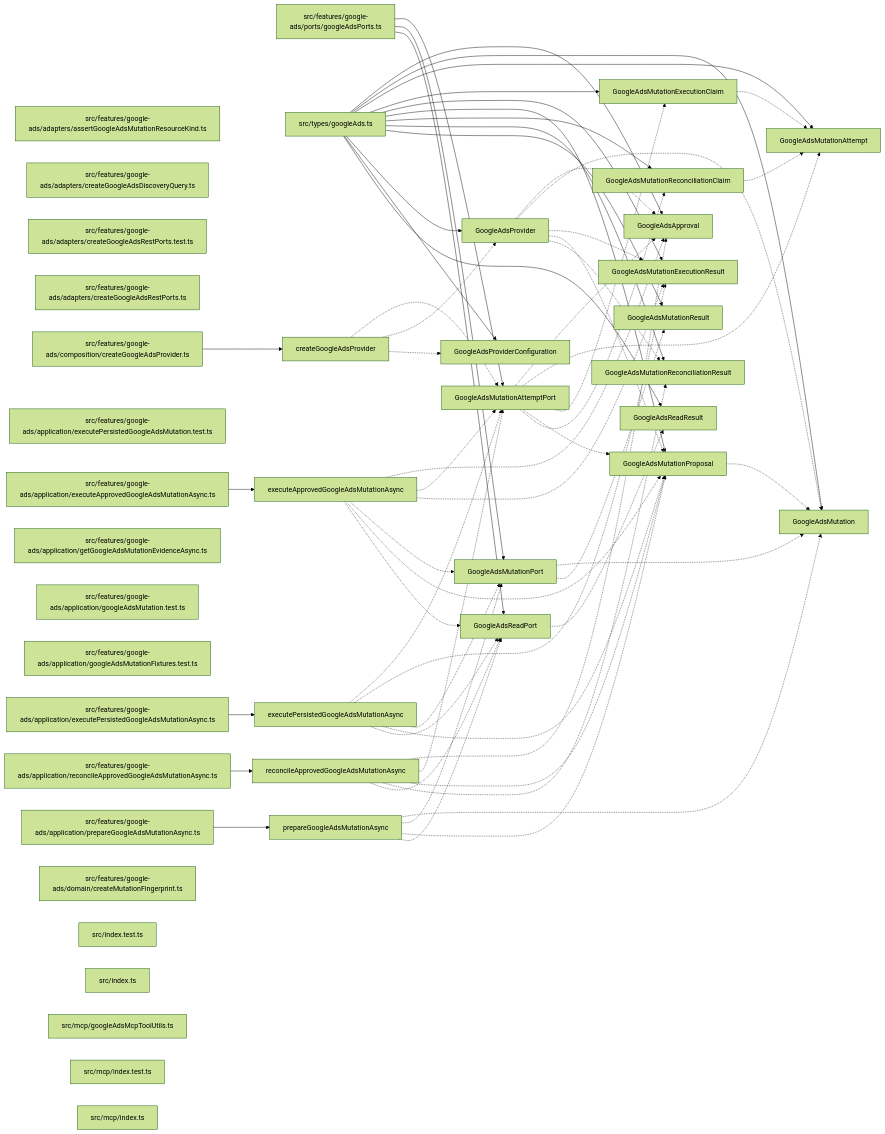
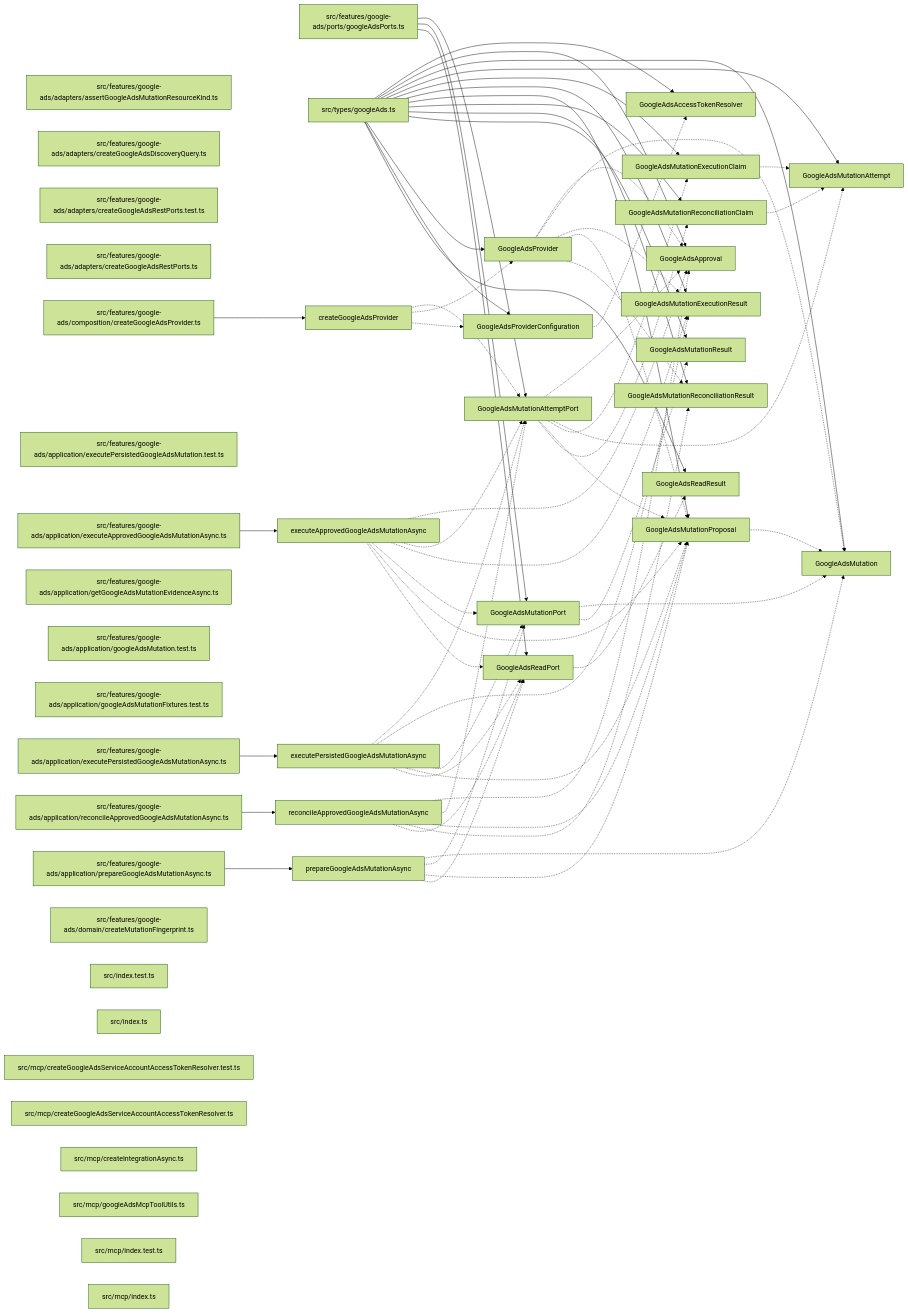
The diagram in paradox/diagrams/export-graph.mmd (ankhorage/ads-google), drawn with Mermaid (forest theme) before and after one commit. The commit also changed 10 other files, not shown here.

```diff
--- a/paradox/diagrams/export-graph.mmd
+++ b/paradox/diagrams/export-graph.mmd
@@ -1,101 +1,107 @@
 graph LR
   module_src_features_google_ads_adapters_assertGoogleAdsMutationResourceKind_ts["src/features/google-ads/adapters/assertGoogleAdsMutationResourceKind.ts"]
   module_src_features_google_ads_adapters_createGoogleAdsDiscoveryQuery_ts["src/features/google-ads/adapters/createGoogleAdsDiscoveryQuery.ts"]
   module_src_features_google_ads_adapters_createGoogleAdsRestPorts_test_ts["src/features/google-ads/adapters/createGoogleAdsRestPorts.test.ts"]
   module_src_features_google_ads_adapters_createGoogleAdsRestPorts_ts["src/features/google-ads/adapters/createGoogleAdsRestPorts.ts"]
   module_src_features_google_ads_application_executeApprovedGoogleAdsMutationAsync_ts["src/features/google-ads/application/executeApprovedGoogleAdsMutationAsync.ts"]
   module_src_features_google_ads_application_executePersistedGoogleAdsMutation_test_ts["src/features/google-ads/application/executePersistedGoogleAdsMutation.test.ts"]
   module_src_features_google_ads_application_executePersistedGoogleAdsMutationAsync_ts["src/features/google-ads/application/executePersistedGoogleAdsMutationAsync.ts"]
   module_src_features_google_ads_application_getGoogleAdsMutationEvidenceAsync_ts["src/features/google-ads/application/getGoogleAdsMutationEvidenceAsync.ts"]
   module_src_features_google_ads_application_googleAdsMutation_test_ts["src/features/google-ads/application/googleAdsMutation.test.ts"]
   module_src_features_google_ads_application_googleAdsMutationFixtures_test_ts["src/features/google-ads/application/googleAdsMutationFixtures.test.ts"]
   module_src_features_google_ads_application_prepareGoogleAdsMutationAsync_ts["src/features/google-ads/application/prepareGoogleAdsMutationAsync.ts"]
   module_src_features_google_ads_application_reconcileApprovedGoogleAdsMutationAsync_ts["src/features/google-ads/application/reconcileApprovedGoogleAdsMutationAsync.ts"]
   module_src_features_google_ads_composition_createGoogleAdsProvider_ts["src/features/google-ads/composition/createGoogleAdsProvider.ts"]
   module_src_features_google_ads_domain_createMutationFingerprint_ts["src/features/google-ads/domain/createMutationFingerprint.ts"]
   module_src_features_google_ads_ports_googleAdsPorts_ts["src/features/google-ads/ports/googleAdsPorts.ts"]
   module_src_index_test_ts["src/index.test.ts"]
   module_src_index_ts["src/index.ts"]
+  module_src_mcp_createGoogleAdsServiceAccountAccessTokenResolver_test_ts["src/mcp/createGoogleAdsServiceAccountAccessTokenResolver.test.ts"]
+  module_src_mcp_createGoogleAdsServiceAccountAccessTokenResolver_ts["src/mcp/createGoogleAdsServiceAccountAccessTokenResolver.ts"]
+  module_src_mcp_createIntegrationAsync_ts["src/mcp/createIntegrationAsync.ts"]
   module_src_mcp_googleAdsMcpToolUtils_ts["src/mcp/googleAdsMcpToolUtils.ts"]
   module_src_mcp_index_test_ts["src/mcp/index.test.ts"]
   module_src_mcp_index_ts["src/mcp/index.ts"]
   module_src_types_googleAds_ts["src/types/googleAds.ts"]
   export_createGoogleAdsProvider["createGoogleAdsProvider"]
   module_src_features_google_ads_composition_createGoogleAdsProvider_ts --> export_createGoogleAdsProvider
   export_createGoogleAdsProvider -.-> export_GoogleAdsMutationAttemptPort
   export_createGoogleAdsProvider -.-> export_GoogleAdsProvider
   export_createGoogleAdsProvider -.-> export_GoogleAdsProviderConfiguration
   export_executeApprovedGoogleAdsMutationAsync["executeApprovedGoogleAdsMutationAsync"]
   module_src_features_google_ads_application_executeApprovedGoogleAdsMutationAsync_ts --> export_executeApprovedGoogleAdsMutationAsync
   export_executeApprovedGoogleAdsMutationAsync -.-> export_GoogleAdsApproval
   export_executeApprovedGoogleAdsMutationAsync -.-> export_GoogleAdsMutationAttemptPort
   export_executeApprovedGoogleAdsMutationAsync -.-> export_GoogleAdsMutationExecutionResult
   export_executeApprovedGoogleAdsMutationAsync -.-> export_GoogleAdsMutationPort
   export_executeApprovedGoogleAdsMutationAsync -.-> export_GoogleAdsMutationProposal
   export_executeApprovedGoogleAdsMutationAsync -.-> export_GoogleAdsReadPort
   export_executePersistedGoogleAdsMutationAsync["executePersistedGoogleAdsMutationAsync"]
   module_src_features_google_ads_application_executePersistedGoogleAdsMutationAsync_ts --> export_executePersistedGoogleAdsMutationAsync
   export_executePersistedGoogleAdsMutationAsync -.-> export_GoogleAdsMutationAttemptPort
   export_executePersistedGoogleAdsMutationAsync -.-> export_GoogleAdsMutationExecutionResult
   export_executePersistedGoogleAdsMutationAsync -.-> export_GoogleAdsMutationPort
   export_executePersistedGoogleAdsMutationAsync -.-> export_GoogleAdsMutationProposal
   export_executePersistedGoogleAdsMutationAsync -.-> export_GoogleAdsReadPort
+  export_GoogleAdsAccessTokenResolver["GoogleAdsAccessTokenResolver"]
+  module_src_types_googleAds_ts --> export_GoogleAdsAccessTokenResolver
   export_GoogleAdsApproval["GoogleAdsApproval"]
   module_src_types_googleAds_ts --> export_GoogleAdsApproval
   export_GoogleAdsMutation["GoogleAdsMutation"]
   module_src_types_googleAds_ts --> export_GoogleAdsMutation
   export_GoogleAdsMutationAttempt["GoogleAdsMutationAttempt"]
   module_src_types_googleAds_ts --> export_GoogleAdsMutationAttempt
   export_GoogleAdsMutationAttemptPort["GoogleAdsMutationAttemptPort"]
   module_src_features_google_ads_ports_googleAdsPorts_ts --> export_GoogleAdsMutationAttemptPort
   export_GoogleAdsMutationAttemptPort -.-> export_GoogleAdsApproval
   export_GoogleAdsMutationAttemptPort -.-> export_GoogleAdsMutationAttempt
   export_GoogleAdsMutationAttemptPort -.-> export_GoogleAdsMutationExecutionClaim
   export_GoogleAdsMutationAttemptPort -.-> export_GoogleAdsMutationProposal
   export_GoogleAdsMutationAttemptPort -.-> export_GoogleAdsMutationReconciliationClaim
   export_GoogleAdsMutationExecutionClaim["GoogleAdsMutationExecutionClaim"]
   module_src_types_googleAds_ts --> export_GoogleAdsMutationExecutionClaim
   export_GoogleAdsMutationExecutionClaim -.-> export_GoogleAdsMutationAttempt
   export_GoogleAdsMutationExecutionResult["GoogleAdsMutationExecutionResult"]
   module_src_types_googleAds_ts --> export_GoogleAdsMutationExecutionResult
   export_GoogleAdsMutationPort["GoogleAdsMutationPort"]
   module_src_features_google_ads_ports_googleAdsPorts_ts --> export_GoogleAdsMutationPort
   export_GoogleAdsMutationPort -.-> export_GoogleAdsMutation
   export_GoogleAdsMutationPort -.-> export_GoogleAdsMutationResult
   export_GoogleAdsMutationProposal["GoogleAdsMutationProposal"]
   module_src_types_googleAds_ts --> export_GoogleAdsMutationProposal
   export_GoogleAdsMutationProposal -.-> export_GoogleAdsMutation
   export_GoogleAdsMutationReconciliationClaim["GoogleAdsMutationReconciliationClaim"]
   module_src_types_googleAds_ts --> export_GoogleAdsMutationReconciliationClaim
   export_GoogleAdsMutationReconciliationClaim -.-> export_GoogleAdsMutationAttempt
   export_GoogleAdsMutationReconciliationResult["GoogleAdsMutationReconciliationResult"]
   module_src_types_googleAds_ts --> export_GoogleAdsMutationReconciliationResult
   export_GoogleAdsMutationResult["GoogleAdsMutationResult"]
   module_src_types_googleAds_ts --> export_GoogleAdsMutationResult
   export_GoogleAdsProvider["GoogleAdsProvider"]
   module_src_types_googleAds_ts --> export_GoogleAdsProvider
   export_GoogleAdsProvider -.-> export_GoogleAdsApproval
   export_GoogleAdsProvider -.-> export_GoogleAdsMutation
   export_GoogleAdsProvider -.-> export_GoogleAdsMutationExecutionResult
   export_GoogleAdsProvider -.-> export_GoogleAdsMutationProposal
   export_GoogleAdsProvider -.-> export_GoogleAdsMutationReconciliationResult
   export_GoogleAdsProviderConfiguration["GoogleAdsProviderConfiguration"]
   module_src_types_googleAds_ts --> export_GoogleAdsProviderConfiguration
+  export_GoogleAdsProviderConfiguration -.-> export_GoogleAdsAccessTokenResolver
   export_GoogleAdsReadPort["GoogleAdsReadPort"]
   module_src_features_google_ads_ports_googleAdsPorts_ts --> export_GoogleAdsReadPort
   export_GoogleAdsReadPort -.-> export_GoogleAdsReadResult
   export_GoogleAdsReadResult["GoogleAdsReadResult"]
   module_src_types_googleAds_ts --> export_GoogleAdsReadResult
   export_prepareGoogleAdsMutationAsync["prepareGoogleAdsMutationAsync"]
   module_src_features_google_ads_application_prepareGoogleAdsMutationAsync_ts --> export_prepareGoogleAdsMutationAsync
   export_prepareGoogleAdsMutationAsync -.-> export_GoogleAdsMutation
   export_prepareGoogleAdsMutationAsync -.-> export_GoogleAdsMutationPort
   export_prepareGoogleAdsMutationAsync -.-> export_GoogleAdsMutationProposal
   export_prepareGoogleAdsMutationAsync -.-> export_GoogleAdsReadPort
   export_reconcileApprovedGoogleAdsMutationAsync["reconcileApprovedGoogleAdsMutationAsync"]
   module_src_features_google_ads_application_reconcileApprovedGoogleAdsMutationAsync_ts --> export_reconcileApprovedGoogleAdsMutationAsync
   export_reconcileApprovedGoogleAdsMutationAsync -.-> export_GoogleAdsApproval
   export_reconcileApprovedGoogleAdsMutationAsync -.-> export_GoogleAdsMutationAttemptPort
   export_reconcileApprovedGoogleAdsMutationAsync -.-> export_GoogleAdsMutationProposal
   export_reconcileApprovedGoogleAdsMutationAsync -.-> export_GoogleAdsMutationReconciliationResult
   export_reconcileApprovedGoogleAdsMutationAsync -.-> export_GoogleAdsReadPort
```
